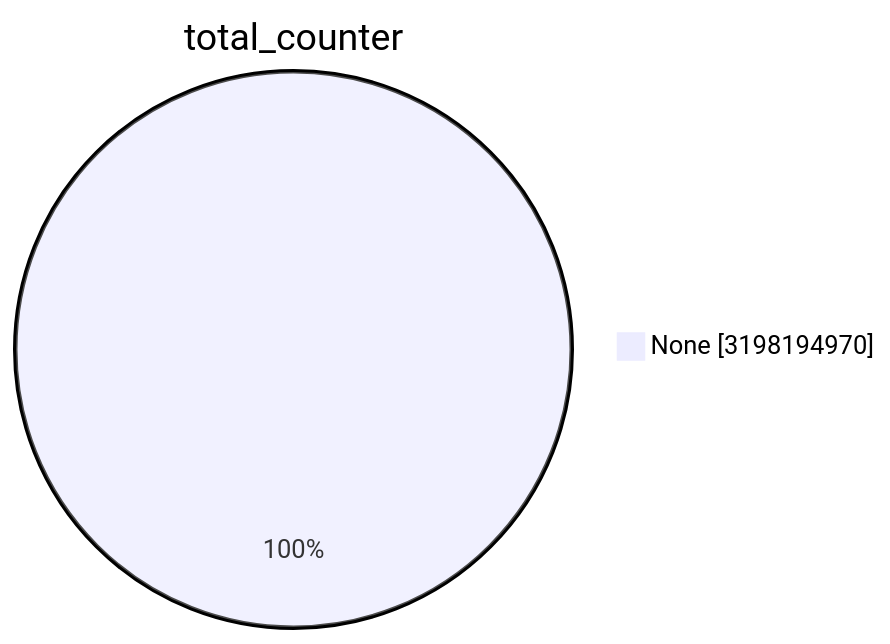
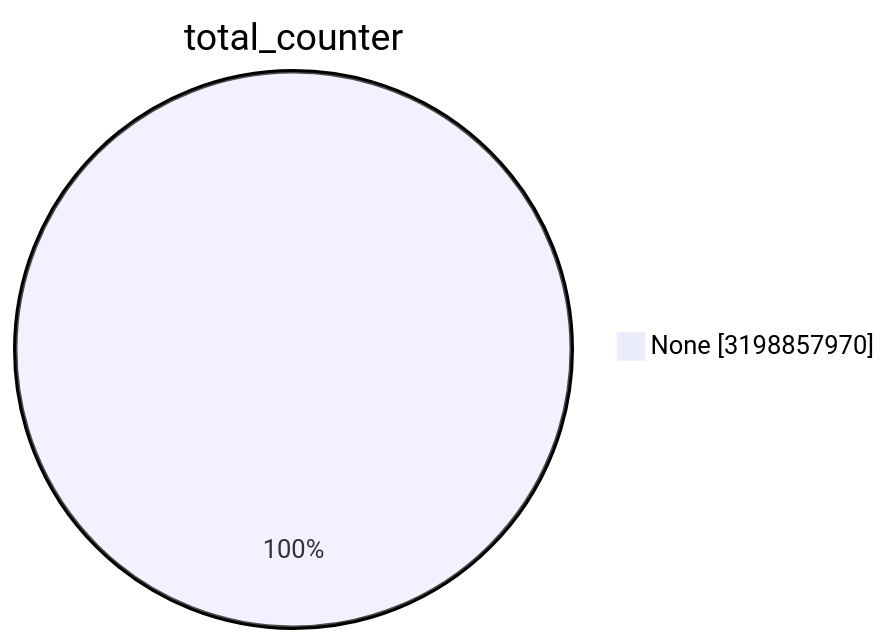
Before and after one commit to christiankrug/ctmonitor_visualization: the first of 15 diagrams in TOTAL/README.md, drawn with Mermaid. The commit also changed other lines of this file, not shown here.

````diff
--- a/TOTAL/README.md
+++ b/TOTAL/README.md
@@ -1,5 +1,5 @@
 ```mermaid
 pie showData
 title total_counter
-"None" :3198194970
+"None" :3198857970
 ```
````
